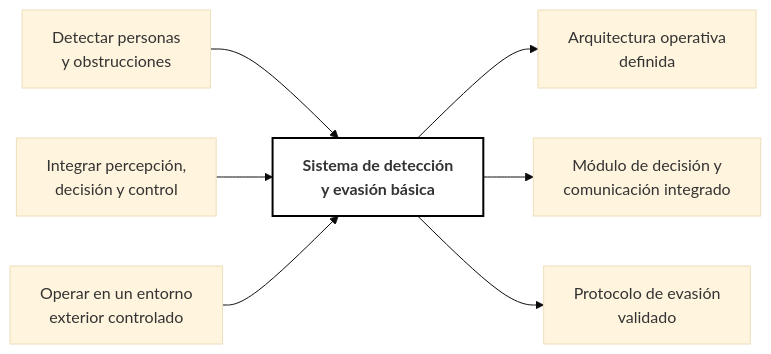
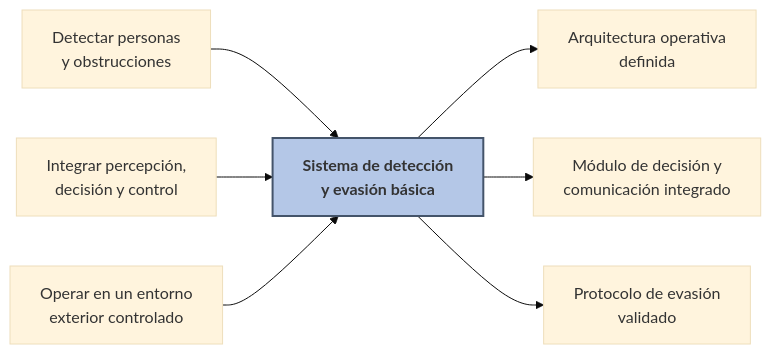
The diagram in docs/documento/diagramas/06_caja_negra.mmd (brahianorrego/Tesis-IA-Drone), drawn with Mermaid (base theme) before and after one commit. The commit also changed 30 other files, not shown here.

First line of the commit message:
Documento v5: antecedentes completos, tablas con cuadrícula uniforme, diagramas rehechos, preparación de la jornada en 2.3.5

```diff
--- a/docs/documento/diagramas/06_caja_negra.mmd
+++ b/docs/documento/diagramas/06_caja_negra.mmd
@@ -1,9 +1,9 @@
 flowchart LR
     E1["Detectar personas<br/>y obstrucciones"] --> S
     E2["Integrar percepción,<br/>decisión y control"] --> S
     E3["Operar en un entorno<br/>exterior controlado"] --> S
     S["<b>Sistema de detección<br/>y evasión básica</b>"]
     S --> O1["Arquitectura operativa<br/>definida"]
     S --> O2["Módulo de decisión y<br/>comunicación integrado"]
     S --> O3["Protocolo de evasión<br/>validado"]
-    style S fill:#ffffff,stroke:#000000,stroke-width:2px
+    style S fill:#B4C7E7,stroke:#44546A,stroke-width:2px
```
